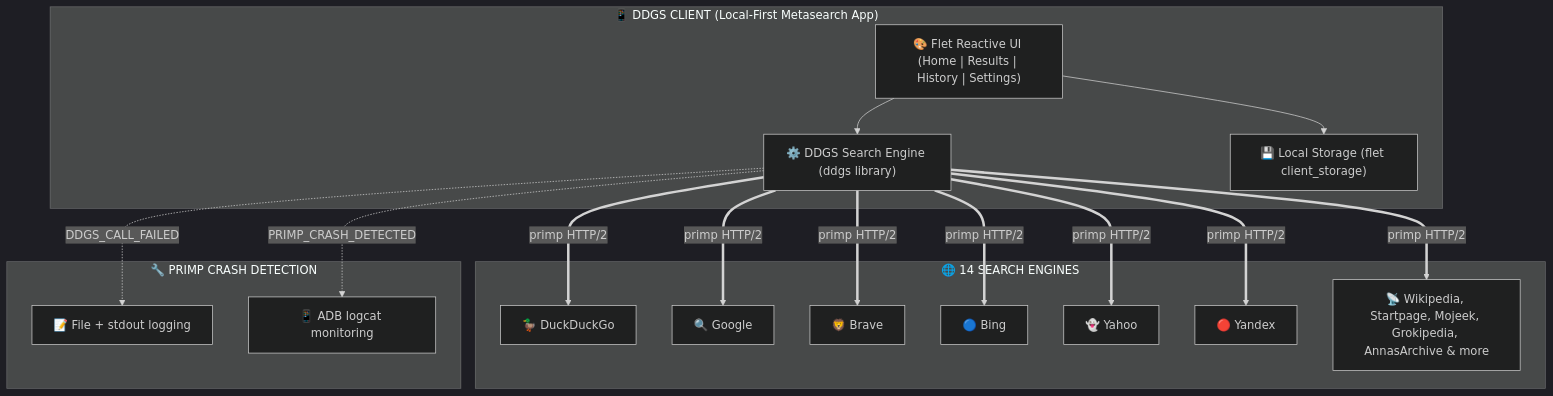
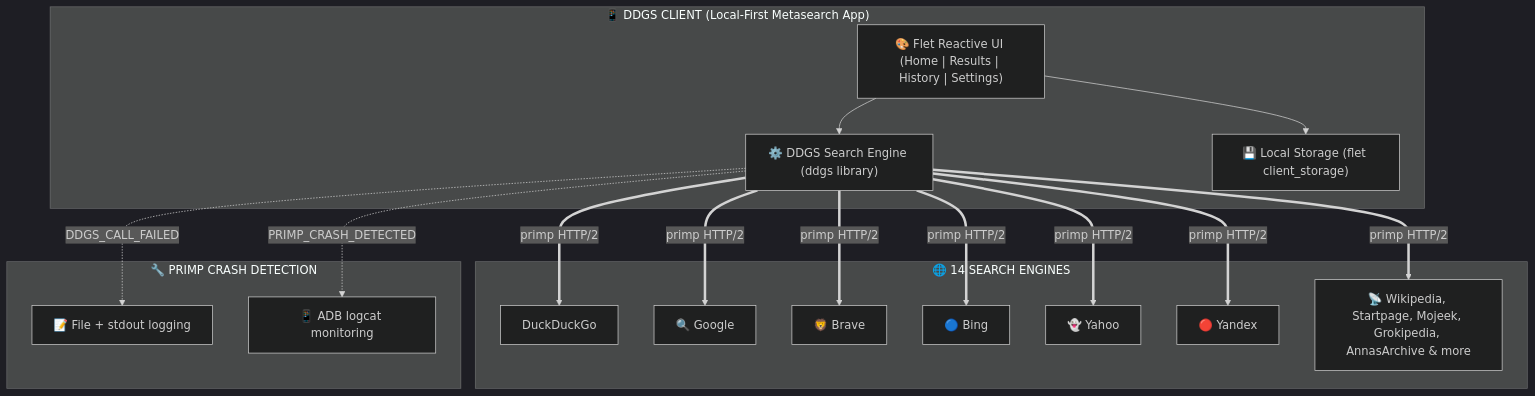
One commit to Nwokike/DDGS changed the diagram in README.md. Above: the diagram before and after it, drawn with Mermaid (dark theme). The commit also changed other lines of this file and 10 other files, not shown here.

First line of the commit message:
De-brand: replace DuckDuckGo logo, strip DDG wordmarks, credit ddgs (MIT)

````diff
--- a/README.md
+++ b/README.md
@@ -77,35 +77,35 @@
 ```mermaid
 graph TB
     subgraph DDGS_CLIENT ["📱 DDGS CLIENT (Local-First Metasearch App)"]
         UI["🎨 Flet Reactive UI (Home | Results | History | Settings)"]
         Engine["⚙️ DDGS Search Engine (ddgs library)"]
         Storage["💾 Local Storage (flet client_storage)"]
         UI --> Engine
         UI --> Storage
     end
 
     subgraph SEARCH_PROVIDERS ["🌐 14 SEARCH ENGINES"]
-        DDG["🦆 DuckDuckGo"]
+        DDG["DuckDuckGo"]
         Google["🔍 Google"]
         Brave["🦁 Brave"]
         Bing["🔵 Bing"]
         Yahoo["👻 Yahoo"]
         Yandex["🔴 Yandex"]
         Others["📡 Wikipedia, Startpage, Mojeek, Grokipedia, AnnasArchive & more"]
     end
 
     subgraph DEBUG ["🔧 PRIMP CRASH DETECTION"]
         Logs["📝 File + stdout logging"]
         Logcat["📱 ADB logcat monitoring"]
     end
 
     Engine ==>|primp HTTP/2| DDG
     Engine ==>|primp HTTP/2| Google
     Engine ==>|primp HTTP/2| Brave
     Engine ==>|primp HTTP/2| Bing
     Engine ==>|primp HTTP/2| Yahoo
     Engine ==>|primp HTTP/2| Yandex
     Engine ==>|primp HTTP/2| Others
     Engine -.->|DDGS_CALL_FAILED| Logs
     Engine -.->|PRIMP_CRASH_DETECTED| Logcat
 ```
````
